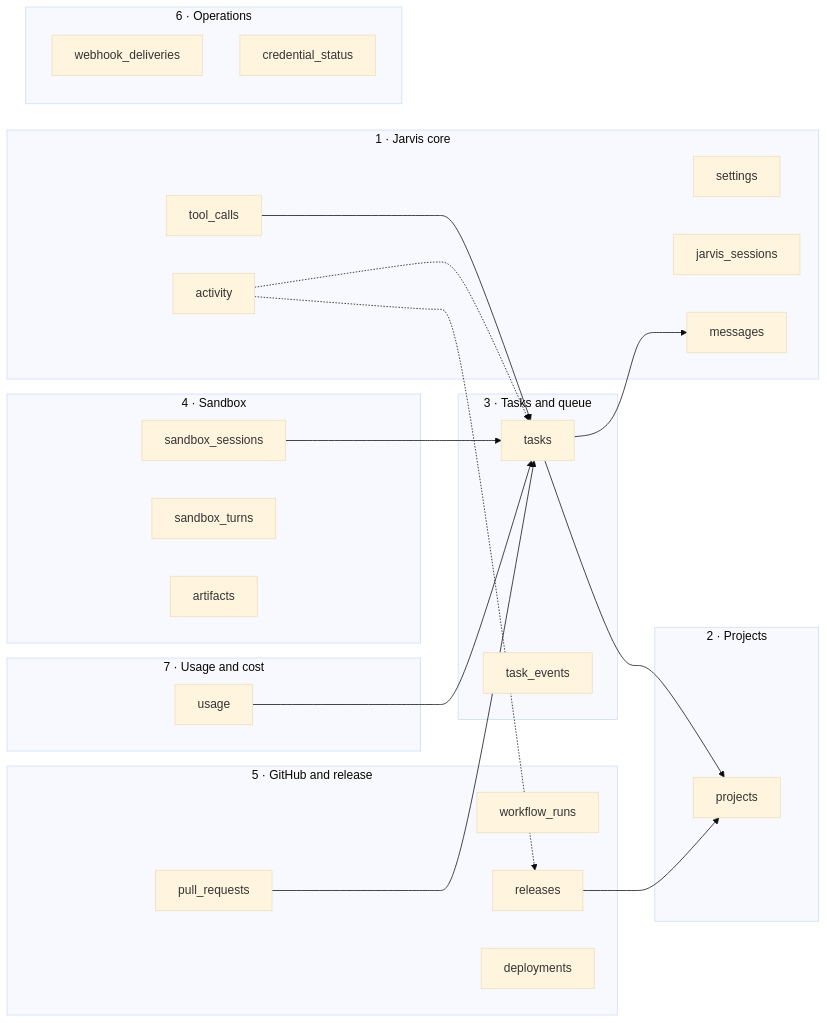
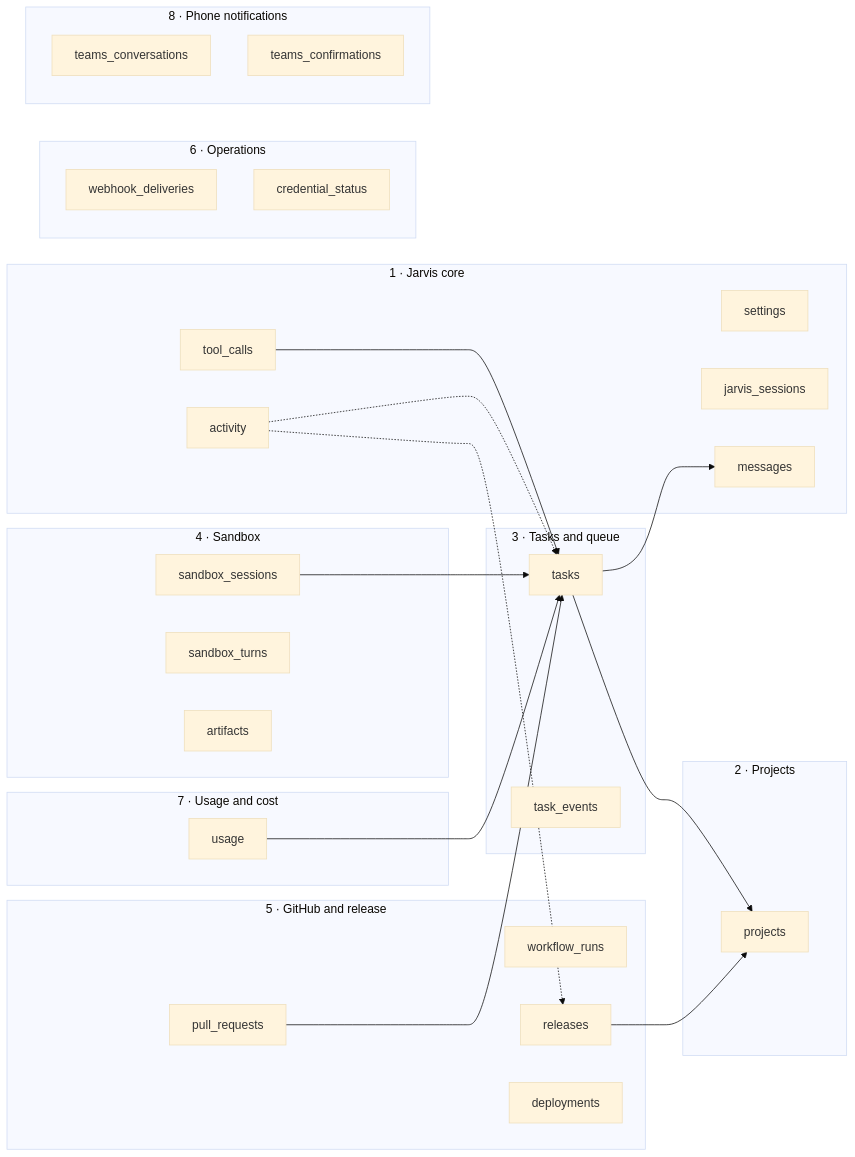
The first of 9 diagrams in docs/data-model.md (DanAakesen/jarvis), drawn with Mermaid (base theme) before and after one commit. The commit also changed other lines of this file and 37 other files, not shown here.

First line of the commit message:
P7-03: Teams phone notifications and approvals (#279)

````diff
--- a/docs/data-model.md
+++ b/docs/data-model.md
@@ -36,44 +39,48 @@
 ```mermaid
 flowchart LR
     subgraph CORE["1 · Jarvis core"]
         settings
         jarvis_sessions
         messages
         tool_calls
         activity
     end
     subgraph PROJ["2 · Projects"]
         projects
     end
     subgraph TASK["3 · Tasks and queue"]
         tasks
         task_events
     end
     subgraph SANDBOX["4 · Sandbox"]
         sandbox_sessions
         sandbox_turns
         artifacts
     end
     subgraph REL["5 · GitHub and release"]
         pull_requests
         workflow_runs
         releases
         deployments
     end
     subgraph USE["7 · Usage and cost"]
         usage
     end
     subgraph OPS["6 · Operations"]
         webhook_deliveries
         credential_status
     end
+    subgraph PHONE["8 · Phone notifications"]
+        teams_conversations
+        teams_confirmations
+    end
     tool_calls --> tasks
     tasks --> projects
     sandbox_sessions --> tasks
     pull_requests --> tasks
     releases --> projects
     activity -.-> tasks
     activity -.-> releases
     usage --> tasks
     tasks --> messages
 ```
````
